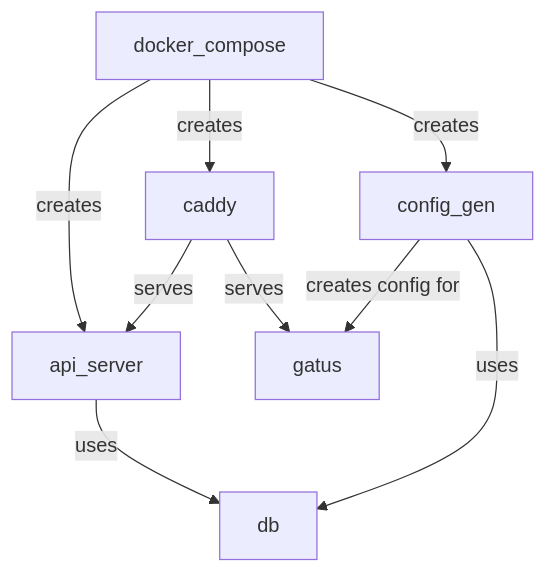
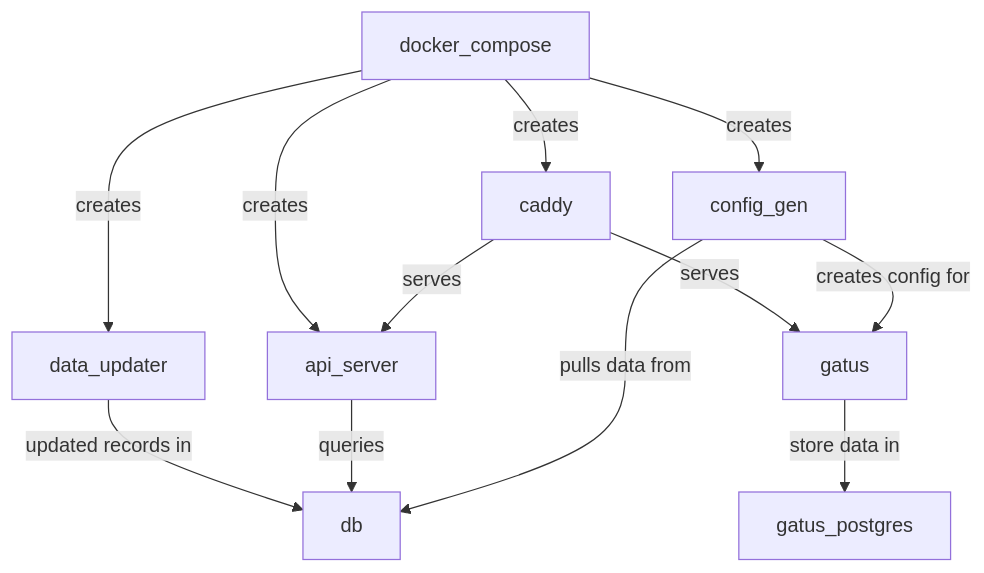
One commit to Jelloeater/fedi_gatus changed the diagram in README.md. Above: the diagram before and after it, drawn with Mermaid.

Commit message:
doc: updated diagram

````diff
--- a/README.md
+++ b/README.md
@@ -6,16 +6,23 @@
 ```mermaid
 flowchart
 docker_compose 
---creates--> api_server & caddy & config_gen
+--creates--> api_server & caddy & config_gen & data_updater
 
 caddy 
 --serves--> gatus & api_server 
 
+data_updater
+--updated records in --> db
 
-api_server & config_gen 
---uses--> db
+api_server
+--queries --> db
+
+
+config_gen
+--pulls data from --> db
 
 config_gen 
 --creates config for--> gatus
 
+gatus --store data in--> gatus_postgres
 ```
````
